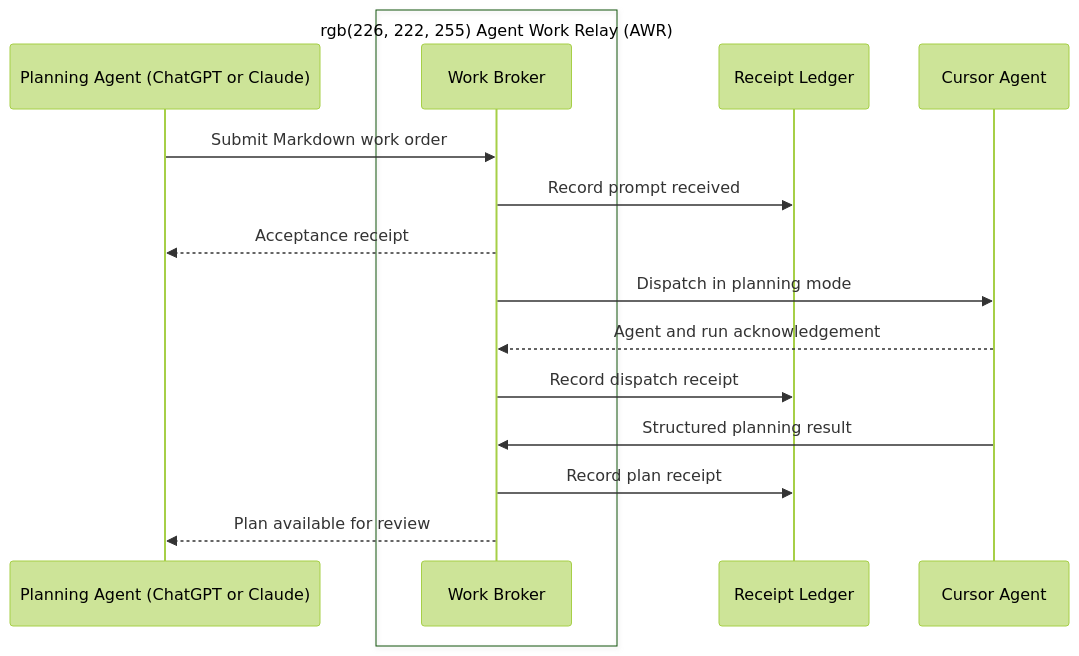
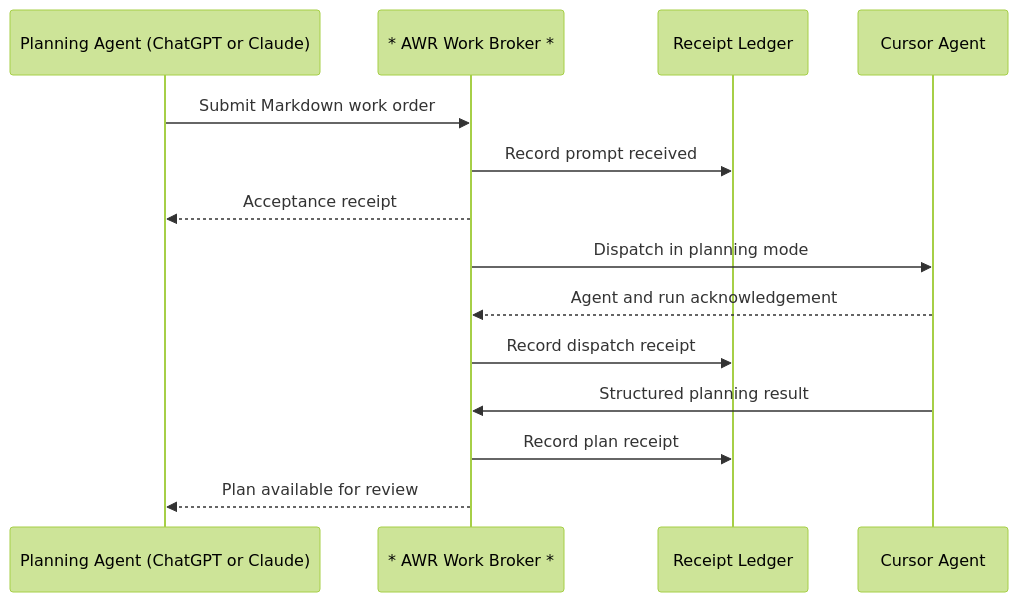
One commit to datateamsix/agent-work-relay changed the diagram in README.md. Above: the diagram before and after it, drawn with Mermaid (forest theme).

Commit message:
Simplify AWR diagram emphasis

````diff
--- a/README.md
+++ b/README.md
@@ -35,19 +35,17 @@
 ```mermaid
 sequenceDiagram
     participant P as Planning Agent (ChatGPT or Claude)
-    box rgb(226, 222, 255) Agent Work Relay (AWR)
-        participant B as Work Broker
-    end
+    participant B as * AWR Work Broker *
     participant L as Receipt Ledger
     participant C as Cursor Agent
 
     P->>B: Submit Markdown work order
     B->>L: Record prompt received
     B-->>P: Acceptance receipt
     B->>C: Dispatch in planning mode
     C-->>B: Agent and run acknowledgement
     B->>L: Record dispatch receipt
     C->>B: Structured planning result
     B->>L: Record plan receipt
     B-->>P: Plan available for review
 ```
````
